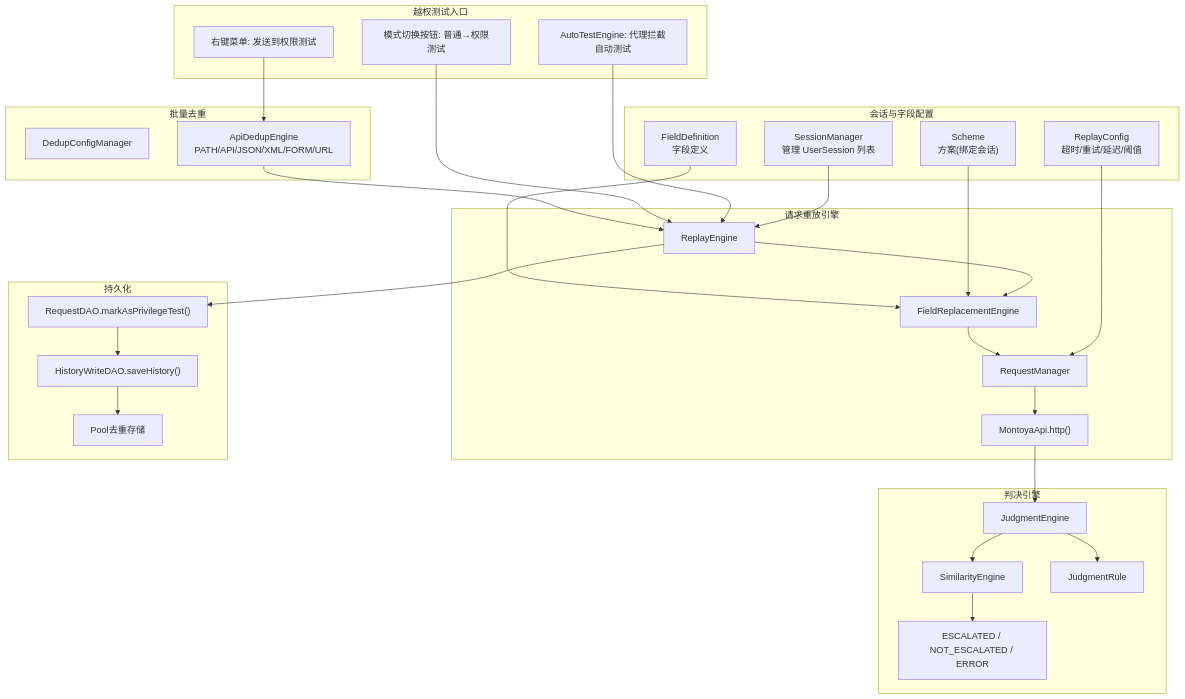
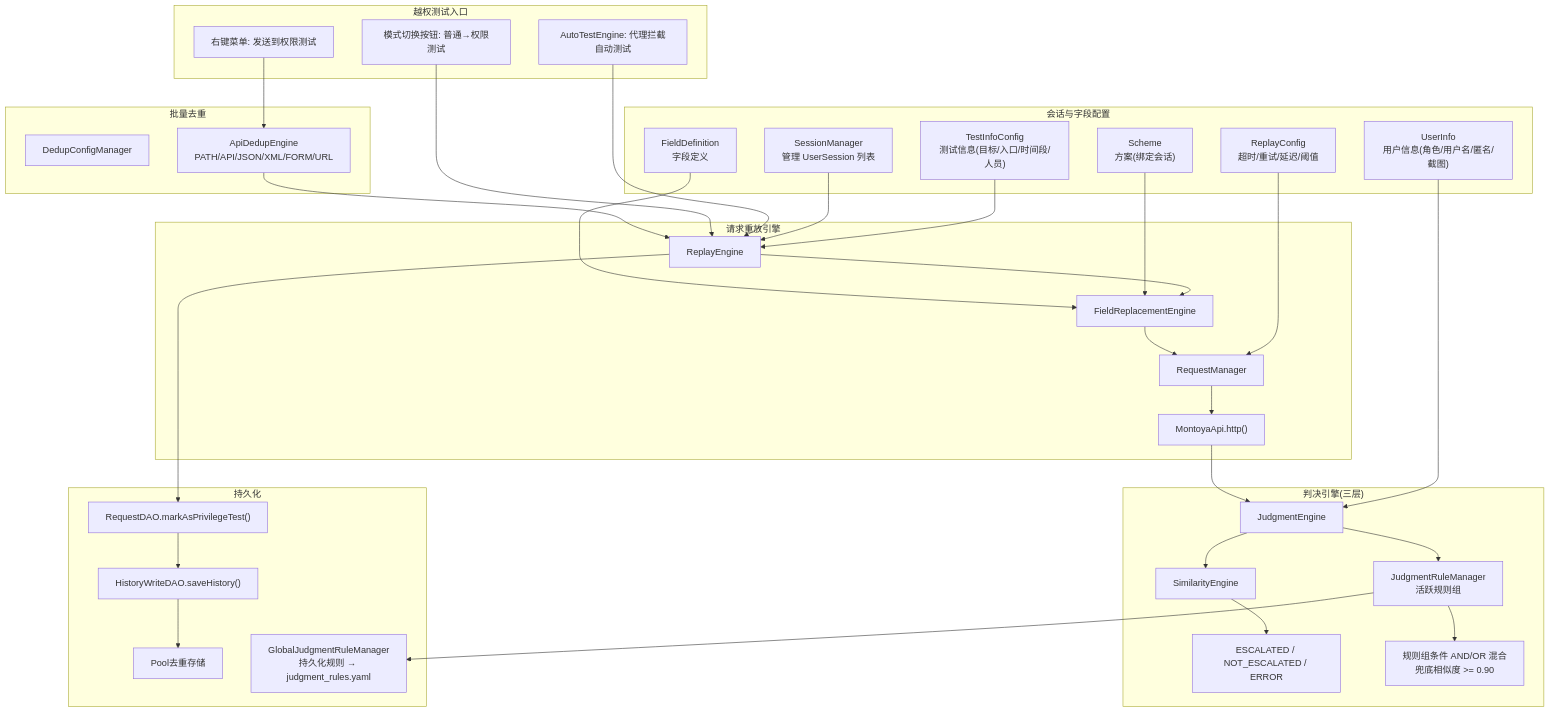
One commit to GitHubNull/repeaterManger changed the tenth of 31 diagrams in doc/design/data_flow_analysis.md. Above: the diagram before and after it, drawn with Mermaid. The commit also changed other lines of this file and 34 other files, not shown here.

````diff
--- a/doc/design/data_flow_analysis.md
+++ b/doc/design/data_flow_analysis.md
@@ -380,52 +429,60 @@
 ```mermaid
 graph TB
     subgraph 入口["越权测试入口"]
         A1["右键菜单: 发送到权限测试"]
         A2["模式切换按钮: 普通→权限测试"]
         A3["AutoTestEngine: 代理拦截自动测试"]
     end
 
     subgraph 配置["会话与字段配置"]
         B1["SessionManager<br/>管理 UserSession 列表"]
         B2["FieldDefinition<br/>字段定义"]
         B3["Scheme<br/>方案(绑定会话)"]
         B4["ReplayConfig<br/>超时/重试/延迟/阈值"]
+        B5["UserInfo<br/>用户信息(角色/用户名/匿名/截图)"]
+        B6["TestInfoConfig<br/>测试信息(目标/入口/时间段/人员)"]
     end
 
     subgraph 去重["批量去重"]
         C1["DedupConfigManager"]
         C2["ApiDedupEngine<br/>PATH/API/JSON/XML/FORM/URL"]
     end
 
     subgraph 重放["请求重放引擎"]
         D1["ReplayEngine"]
         D2["FieldReplacementEngine"]
         D3["RequestManager"]
         D4["MontoyaApi.http()"]
     end
 
-    subgraph 判断["判决引擎"]
+    subgraph 判断["判决引擎(三层)"]
         E1["JudgmentEngine"]
         E2["SimilarityEngine"]
-        E3["JudgmentRule"]
+        E3["JudgmentRuleManager<br/>活跃规则组"]
         E4["ESCALATED / NOT_ESCALATED / ERROR"]
+        E5["规则组条件 AND/OR 混合<br/>兜底相似度 >= 0.90"]
     end
 
     subgraph 存储["持久化"]
         F1["RequestDAO.markAsPrivilegeTest()"]
         F2["HistoryWriteDAO.saveHistory()"]
         F3["Pool去重存储"]
+        F4["GlobalJudgmentRuleManager<br/>持久化规则 → judgment_rules.yaml"]
     end
 
     A1 --> C2 --> D1
     A2 --> D1
     A3 --> D1
     B1 --> D1
     B2 --> D2
     B3 --> D2
     D1 --> D2 --> D3 --> D4
     D4 --> E1 --> E2 --> E4
     E1 --> E3
+    E3 --> E5
+    E3 --> F4
     D1 --> F1 --> F2 --> F3
     B4 --> D3
+    B5 --> E1
+    B6 --> D1
 ```
````
